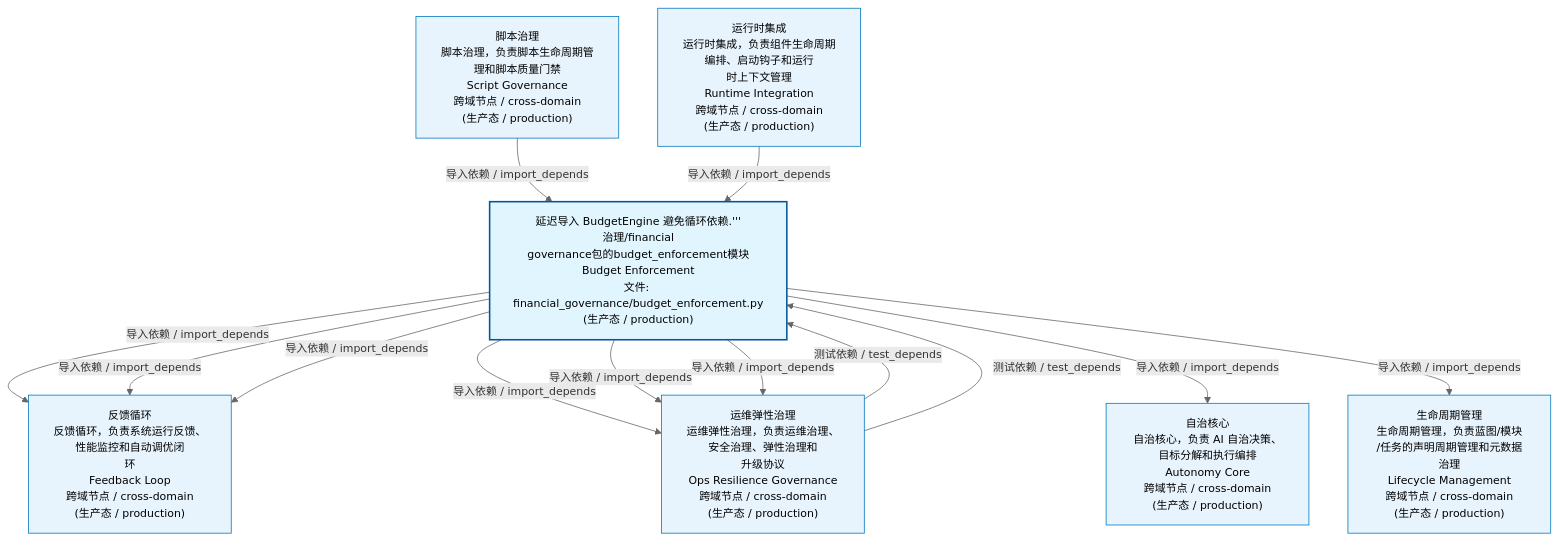
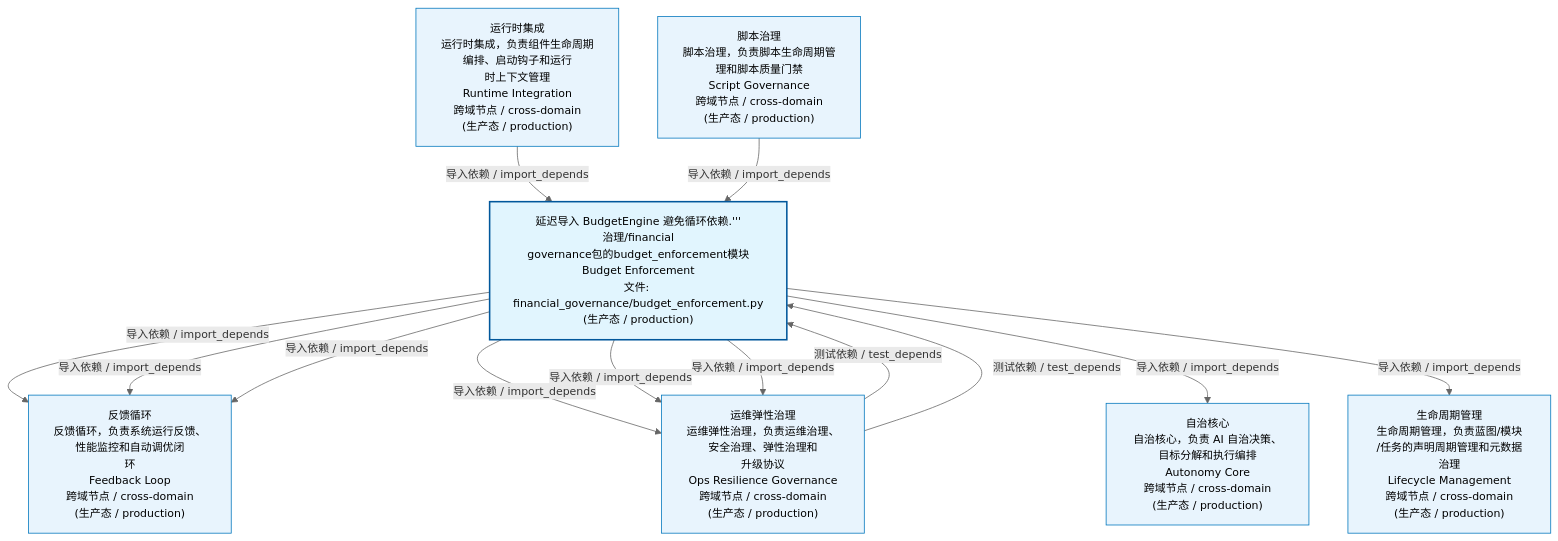
The first of 3 diagrams in docs/02_enterprise_architecture/02_domain_architecture_docs/54_d_gov_repair.md (xuanFelixVan/ZephyrAlpha), drawn with Mermaid before and after one commit. The commit also changed 46 other files, not shown here.

````diff
--- a/docs/02_enterprise_architecture/02_domain_architecture_docs/54_d_gov_repair.md
+++ b/docs/02_enterprise_architecture/02_domain_architecture_docs/54_d_gov_repair.md
@@ -53,29 +53,29 @@
 ```mermaid
 %%{init: {'theme': 'base', 'themeVariables': {'primaryColor': '#eaeaea', 'primaryTextColor': '#333333', 'primaryBorderColor': '#666666', 'lineColor': '#666666', 'secondaryColor': '#eaeaea', 'tertiaryColor': '#eaeaea', 'fontSize': '14px'}}}%%
 flowchart TD
     src_zephyr_governance_financial_governance_budget_enforcement_py["延迟导入 BudgetEngine 避免循环依赖.'''<br/>治理/financial<br/>governance包的budget_enforcement模块<br/>Budget Enforcement<br/>文件: financial_governance/budget_enforcement.py<br/>(生产态 / production)"]
     D_OPS["反馈循环<br/>反馈循环，负责系统运行反馈、性能监控和自动调优闭<br/>环<br/>Feedback Loop<br/>跨域节点 / cross-domain<br/>(生产态 / production)"]
     src_zephyr_governance_financial_governance_budget_enforcement_py -->|导入依赖 / import_depends| D_OPS
     src_zephyr_governance_financial_governance_budget_enforcement_py -->|导入依赖 / import_depends| D_OPS
     D_GOV_OPS_RESILIENCE["运维弹性治理<br/>运维弹性治理，负责运维治理、安全治理、弹性治理和<br/>升级协议<br/>Ops Resilience Governance<br/>跨域节点 / cross-domain<br/>(生产态 / production)"]
     src_zephyr_governance_financial_governance_budget_enforcement_py -->|导入依赖 / import_depends| D_GOV_OPS_RESILIENCE
     src_zephyr_governance_financial_governance_budget_enforcement_py -->|导入依赖 / import_depends| D_GOV_OPS_RESILIENCE
     src_zephyr_governance_financial_governance_budget_enforcement_py -->|导入依赖 / import_depends| D_GOV_OPS_RESILIENCE
     src_zephyr_governance_financial_governance_budget_enforcement_py -->|导入依赖 / import_depends| D_OPS
     D_AUTONOMY_CORE["自治核心<br/>自治核心，负责 AI 自治决策、目标分解和执行编排<br/>Autonomy Core<br/>跨域节点 / cross-domain<br/>(生产态 / production)"]
     src_zephyr_governance_financial_governance_budget_enforcement_py -->|导入依赖 / import_depends| D_AUTONOMY_CORE
     D_GOVERNANCE["生命周期管理<br/>生命周期管理，负责蓝图/模块<br/>/任务的声明周期管理和元数据治理<br/>Lifecycle Management<br/>跨域节点 / cross-domain<br/>(生产态 / production)"]
     src_zephyr_governance_financial_governance_budget_enforcement_py -->|导入依赖 / import_depends| D_GOVERNANCE
+    D_INFRA_RUNTIME["运行时集成<br/>运行时集成，负责组件生命周期编排、启动钩子和运行<br/>时上下文管理<br/>Runtime Integration<br/>跨域节点 / cross-domain<br/>(生产态 / production)"]
+    D_INFRA_RUNTIME -->|导入依赖 / import_depends| src_zephyr_governance_financial_governance_budget_enforcement_py
     D_GOV_SCRIPTS["脚本治理<br/>脚本治理，负责脚本生命周期管理和脚本质量门禁<br/>Script Governance<br/>跨域节点 / cross-domain<br/>(生产态 / production)"]
     D_GOV_SCRIPTS -->|导入依赖 / import_depends| src_zephyr_governance_financial_governance_budget_enforcement_py
-    D_INFRA_RUNTIME["运行时集成<br/>运行时集成，负责组件生命周期编排、启动钩子和运行<br/>时上下文管理<br/>Runtime Integration<br/>跨域节点 / cross-domain<br/>(生产态 / production)"]
-    D_INFRA_RUNTIME -->|导入依赖 / import_depends| src_zephyr_governance_financial_governance_budget_enforcement_py
     D_GOV_OPS_RESILIENCE -->|测试依赖 / test_depends| src_zephyr_governance_financial_governance_budget_enforcement_py
     D_GOV_OPS_RESILIENCE -->|测试依赖 / test_depends| src_zephyr_governance_financial_governance_budget_enforcement_py
     classDef production fill:#e1f5fe,stroke:#01579b,stroke-width:2px,color:#000
     classDef design fill:#fff3e0,stroke:#e65100,stroke-width:2px,color:#000,stroke-dasharray: 5 5
     classDef external_prod fill:#e8f4fd,stroke:#0277bd,stroke-width:1px,color:#000
     classDef external_design fill:#fff8e7,stroke:#ef6c00,stroke-width:1px,color:#000,stroke-dasharray: 5 5
     class src_zephyr_governance_financial_governance_budget_enforcement_py production
-    class D_OPS,D_GOV_OPS_RESILIENCE,D_AUTONOMY_CORE,D_GOVERNANCE,D_GOV_SCRIPTS,D_INFRA_RUNTIME external_prod
+    class D_OPS,D_GOV_OPS_RESILIENCE,D_AUTONOMY_CORE,D_GOVERNANCE,D_INFRA_RUNTIME,D_GOV_SCRIPTS external_prod
 ```
````
